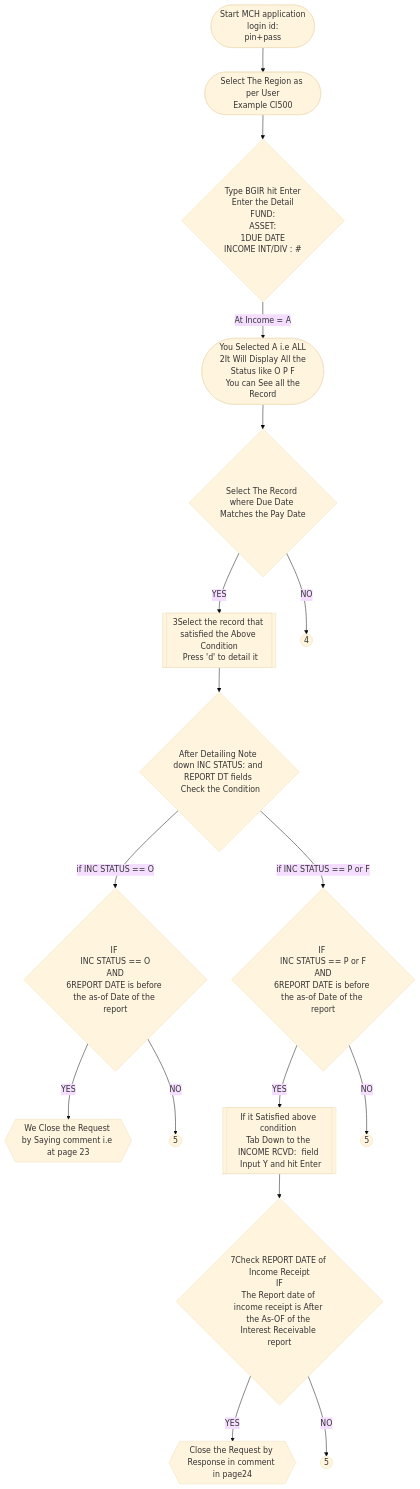
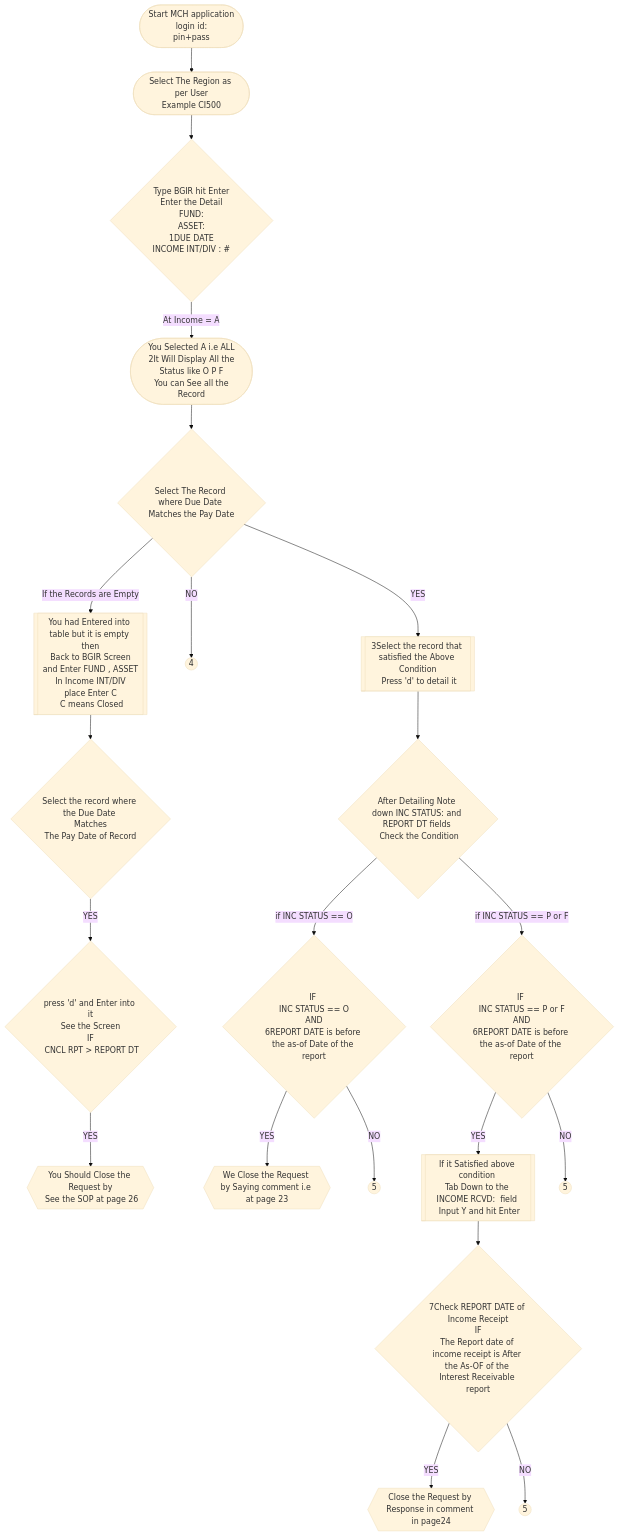
Before and after one commit to ShriramBM/State-Street: the diagram in invalidLineBGIR.md, drawn with Mermaid (base theme).

````diff
--- a/invalidLineBGIR.md
+++ b/invalidLineBGIR.md
@@ -6,21 +6,27 @@
 ```mermaid
 flowchart TD
    A([Start MCH application \nlogin id: \npin+pass]) --> B([Select The Region as per User\nExample CI500])
    B --> C{Type BGIR hit Enter\n Enter the Detail\n FUND:\nASSET:\n 1DUE DATE\n INCOME INT/DIV : #}
    C --> |At Income = A|D([You Selected A i.e ALL\n 2It Will Display All the Status like O P F\n You can See all the Record])
    D --> E{Select The Record where Due Date Matches the Pay Date}
    E -->|YES| F[[3Select the record that satisfied the Above Condition\n Press 'd' to detail it]] 
    E -->|NO| G((4))
+   E -->|If the Records are Empty|G1[[You had Entered into table but it is empty then\n Back to BGIR Screen and Enter FUND , ASSET\n In Income INT/DIV place Enter C\n C means Closed]]
+
+   G1 -->G2{Select the record where the Due Date \n Matches \nThe Pay Date of Record}
+   G2 -->|YES|G3{press 'd' and Enter into it\nSee the Screen\nIF\n CNCL RPT > REPORT DT}
+   G3 -->|YES| G4{{You Should Close the Request by\n See the SOP at page 26}}
+
 
    F --> H{After Detailing Note down INC STATUS: and REPORT DT fields \n Check the Condition}
    H --> |if INC STATUS == O|I{IF \nINC STATUS == O\nAND\n6REPORT DATE is before the as-of Date of the report}
    I -->|YES| J{{We Close the Request by Saying comment i.e at page 23}}
    I -->|NO| K((5))
    H --> |if INC STATUS == P or F|L{IF \nINC STATUS == P or F\nAND\n6REPORT DATE is before the as-of Date of the report}
    L -->|YES| M[[If it Satisfied above condition \nTab Down to the INCOME RCVD:  field \n Input Y and hit Enter]]
    L -->|NO| N((5))
 
    M-->O{7Check REPORT DATE of Income Receipt\n IF \nThe Report date of income receipt is After the As-OF of the Interest Receivable report}
    O -->|YES| P{{Close the Request by Response in comment in page24}}
    O -->|NO| Q((5))
 ```
````
